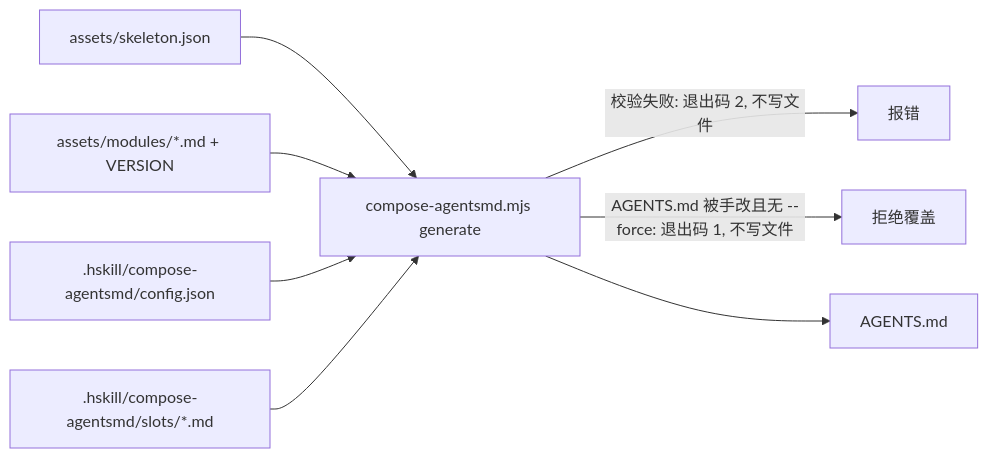
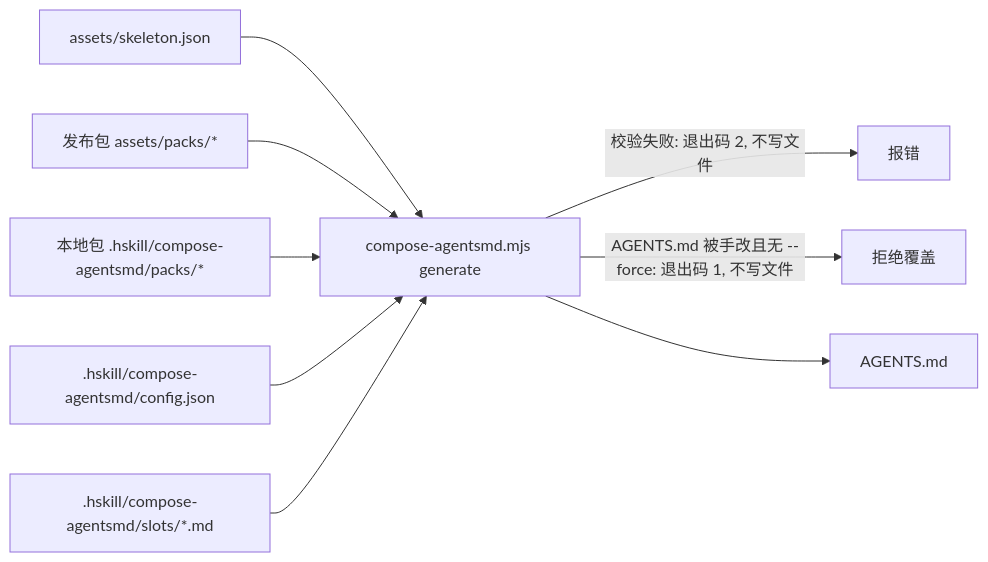
The diagram in .hskill/spec/2026-11-11-compose-agentsmd/2026-11-11-compose-agentsmd-spec.md (harveyzhang814/harveyz-skill), drawn with Mermaid before and after one commit. The commit also changed other lines of this file and 1 other file, not shown here.

Commit message:
docs(compose-agentsmd): spec v0.4 with module packs and local packs

````diff
--- a/.hskill/spec/2026-11-11-compose-agentsmd/2026-11-11-compose-agentsmd-spec.md
+++ b/.hskill/spec/2026-11-11-compose-agentsmd/2026-11-11-compose-agentsmd-spec.md
@@ -72,10 +75,11 @@
 ```mermaid
 flowchart LR
   S[assets/skeleton.json] --> G[compose-agentsmd.mjs generate]
-  M[assets/modules/*.md + VERSION] --> G
+  M[发布包 assets/packs/*] --> G
+  L[本地包 .hskill/compose-agentsmd/packs/*] --> G
   C[.hskill/compose-agentsmd/config.json] --> G
   D[.hskill/compose-agentsmd/slots/*.md] --> G
   G -->|校验失败: 退出码 2, 不写文件| E[报错]
   G -->|AGENTS.md 被手改且无 --force: 退出码 1, 不写文件| R[拒绝覆盖]
   G --> A[AGENTS.md]
 ```
````
